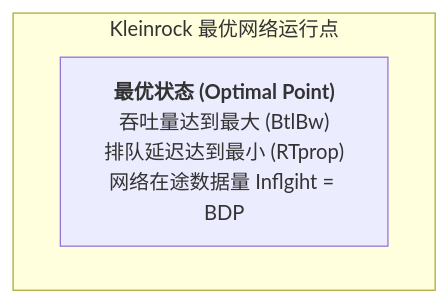
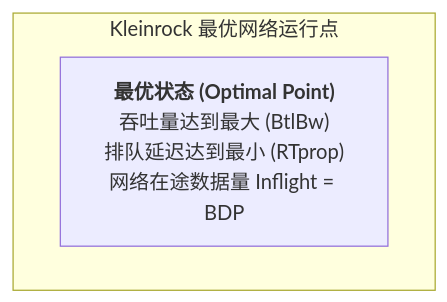
One commit to ifnodoraemon/ifnodoraemon.github.io changed the second of 4 diagrams in content/zh/articles/tcp-congestion-control-reno-cubic-bbr-quic-http3.md. Above: the diagram before and after it, drawn with Mermaid. The commit also changed other lines of this file and 171 other files, not shown here.

````diff
--- a/content/zh/articles/tcp-congestion-control-reno-cubic-bbr-quic-http3.md
+++ b/content/zh/articles/tcp-congestion-control-reno-cubic-bbr-quic-http3.md
@@ -115,6 +116,6 @@
 ```mermaid
 flowchart TD
     subgraph Kleinrock["Kleinrock 最优网络运行点"]
-        Optimal["<b>最优状态 (Optimal Point)</b><br/>吞吐量达到最大 (BtlBw)<br/>排队延迟达到最小 (RTprop)<br/>网络在途数据量 Inflgiht = BDP"]
+        Optimal["<b>最优状态 (Optimal Point)</b><br/>吞吐量达到最大 (BtlBw)<br/>排队延迟达到最小 (RTprop)<br/>网络在途数据量 Inflight = BDP"]
     end
 ```
````
